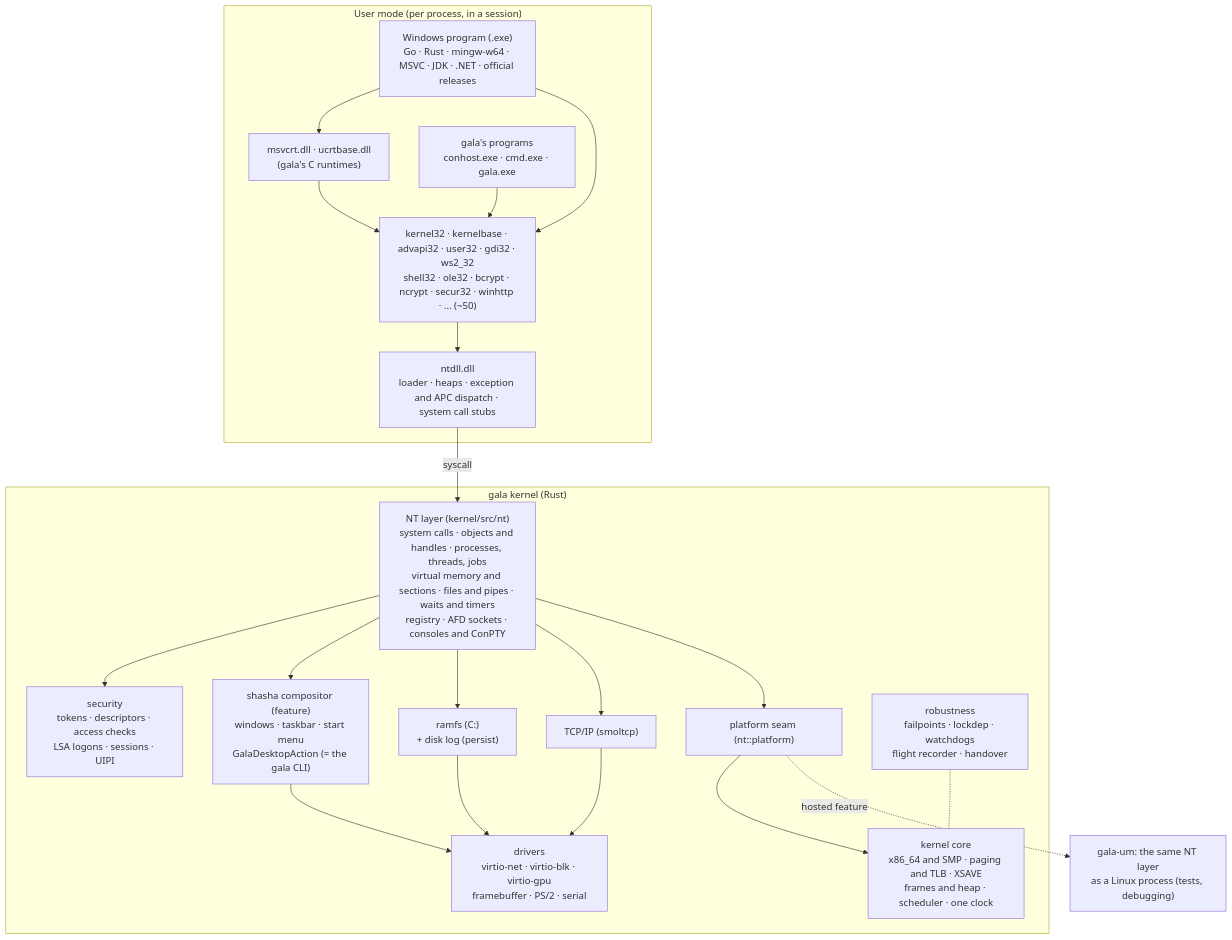
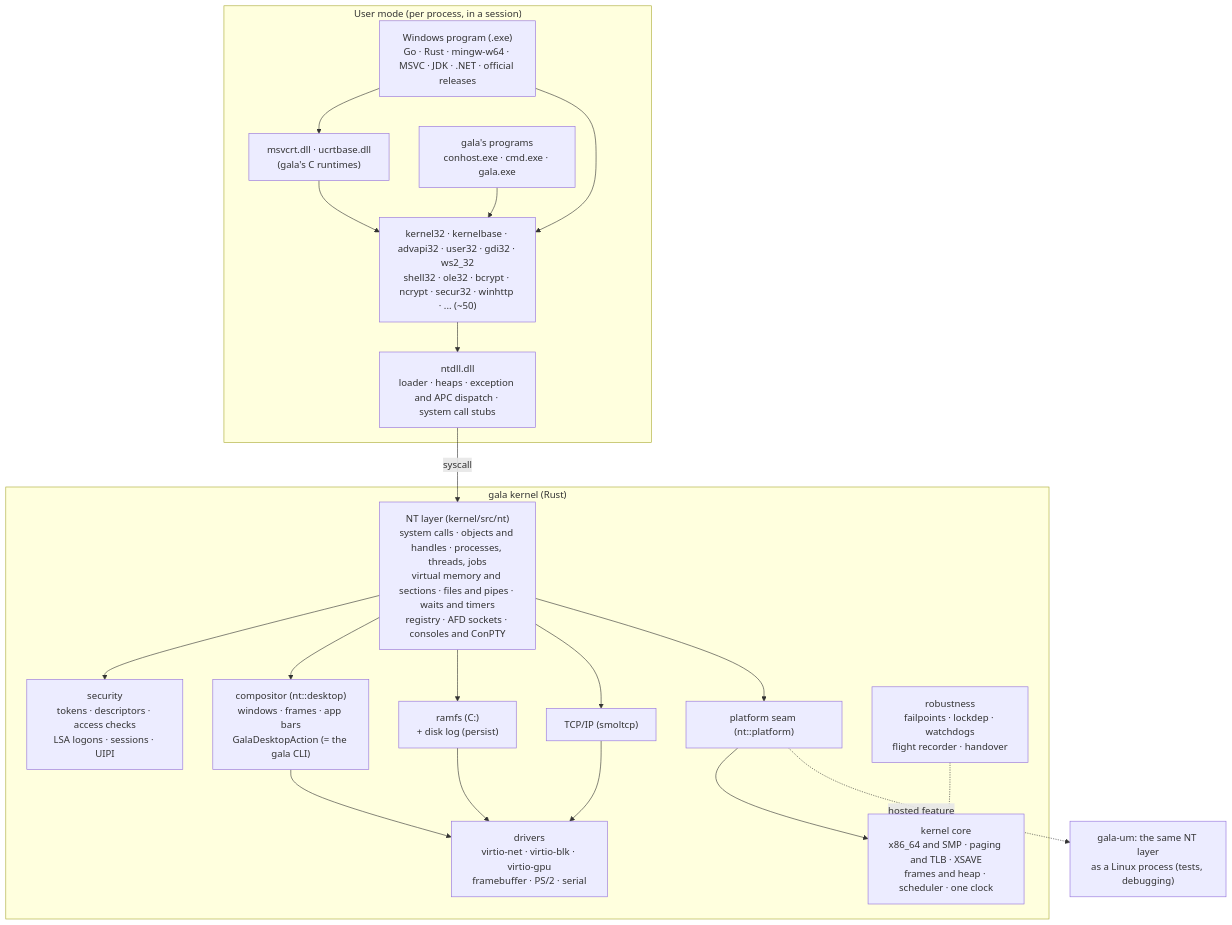
The first of 12 diagrams in README.md (bjorn-ali-goransson/gala-os), drawn with Mermaid before and after one commit. The commit also changed other lines of this file and 34 other files, not shown here.

````diff
--- a/README.md
+++ b/README.md
@@ -446,36 +447,36 @@
 ```mermaid
 flowchart TB
     subgraph user["User mode (per process, in a session)"]
         app["Windows program (.exe)<br/>Go · Rust · mingw-w64 · MSVC · JDK · .NET · official releases"]
         crt["msvcrt.dll · ucrtbase.dll<br/>(gala's C runtimes)"]
         dlls["kernel32 · kernelbase · advapi32 · user32 · gdi32 · ws2_32<br/>shell32 · ole32 · bcrypt · ncrypt · secur32 · winhttp · ... (~50)"]
         ntdll["ntdll.dll<br/>loader · heaps · exception and APC dispatch · system call stubs"]
         tools["gala's programs<br/>conhost.exe · cmd.exe · gala.exe"]
         app --> crt --> dlls --> ntdll
         app --> dlls
         tools --> dlls
     end
     subgraph kernel["gala kernel (Rust)"]
         nt["NT layer (kernel/src/nt)<br/>system calls · objects and handles · processes, threads, jobs<br/>virtual memory and sections · files and pipes · waits and timers<br/>registry · AFD sockets · consoles and ConPTY"]
         sec["security<br/>tokens · descriptors · access checks<br/>LSA logons · sessions · UIPI"]
-        shasha["shasha compositor (feature)<br/>windows · taskbar · start menu<br/>GalaDesktopAction (= the gala CLI)"]
+        shasha["compositor (nt::desktop)<br/>windows · frames · app bars<br/>GalaDesktopAction (= the gala CLI)"]
         seam["platform seam (nt::platform)"]
         core["kernel core<br/>x86_64 and SMP · paging and TLB · XSAVE<br/>frames and heap · scheduler · one clock"]
         fs["ramfs (C:)<br/>+ disk log (persist)"]
         net["TCP/IP (smoltcp)"]
         drv["drivers<br/>virtio-net · virtio-blk · virtio-gpu<br/>framebuffer · PS/2 · serial"]
         rob["robustness<br/>failpoints · lockdep · watchdogs<br/>flight recorder · handover"]
         nt --> sec
         nt --> shasha
         nt --> fs
         nt --> net
         nt --> seam --> core
         fs --> drv
         net --> drv
         shasha --> drv
         rob -.- core
     end
     um["gala-um: the same NT layer<br/>as a Linux process (tests, debugging)"]
     ntdll -- "syscall" --> nt
     seam -. "hosted feature" .-> um
 ```
````
